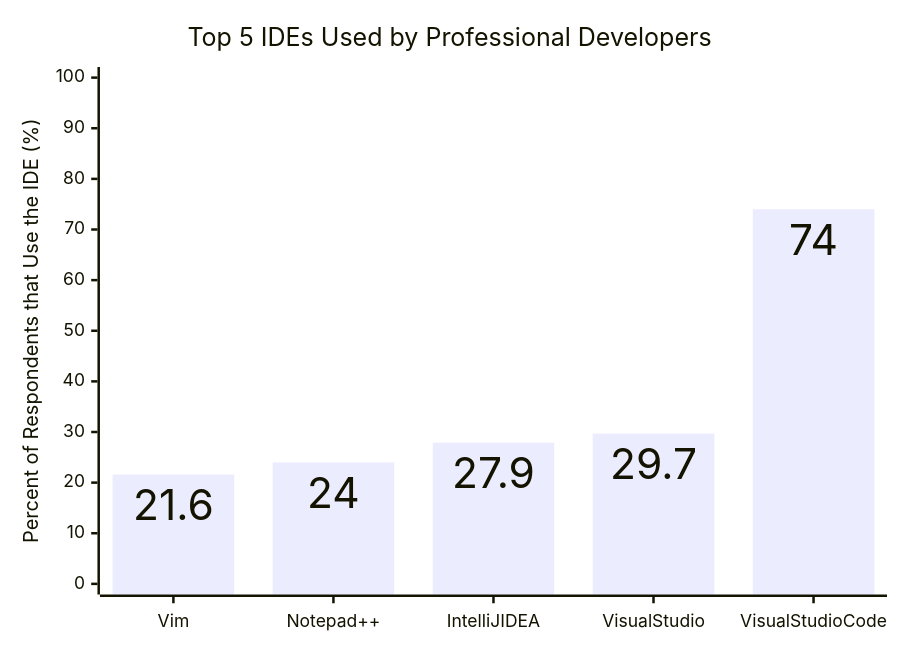
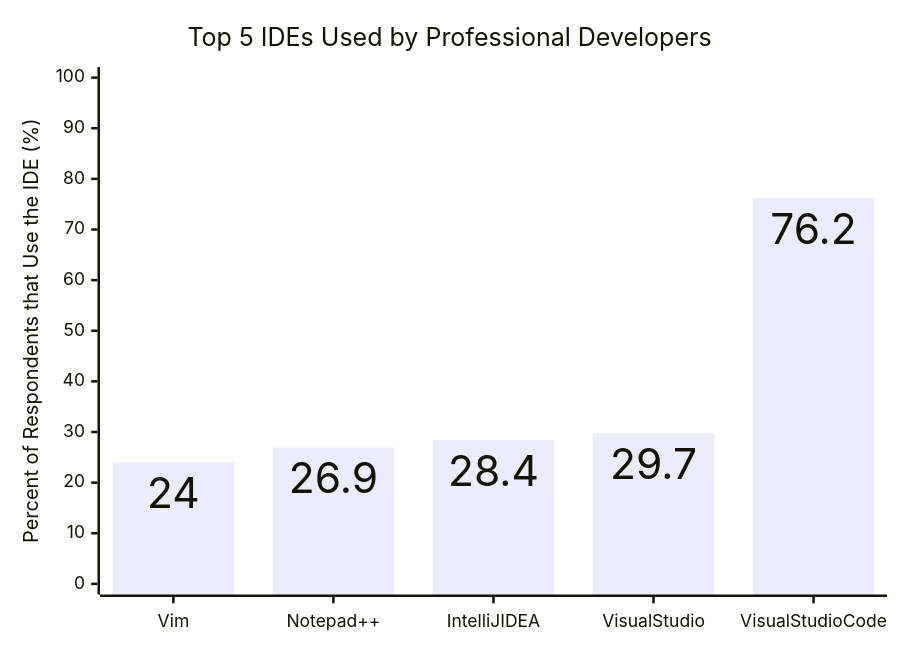
Before and after one commit to DOI-USGS/cdi-software-tutorials-2025: the diagram in ide-git-integration/popular-ides.md, drawn with Mermaid. The commit also changed other lines of this file and 1 other file, not shown here.

````diff
--- a/ide-git-integration/popular-ides.md
+++ b/ide-git-integration/popular-ides.md
@@ -19,14 +19,14 @@
 ```mermaid
 ---
 config:
     xyChart:
         showDataLabel: true
         showLabel: true
 ---
 
 xychart-beta
     title "Top 5 IDEs Used by Professional Developers"
     x-axis [Vim, Notepad++, IntelliJ IDEA, Visual Studio, Visual Studio Code]
     y-axis "Percent of Respondents that Use the IDE  (%)" 0 --> 100
-    bar [21.6, 24, 27.9, 29.7, 74]
+    bar [24, 26.9, 28.4, 29.7, 76.2]
 ```
````
